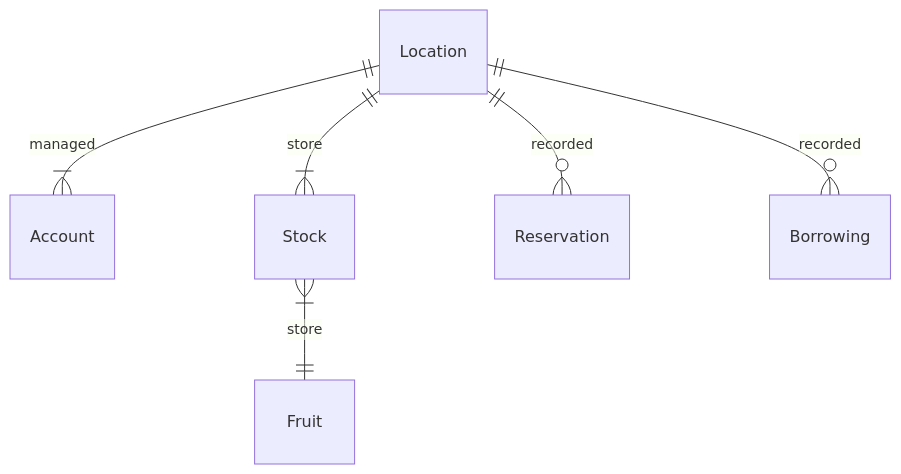
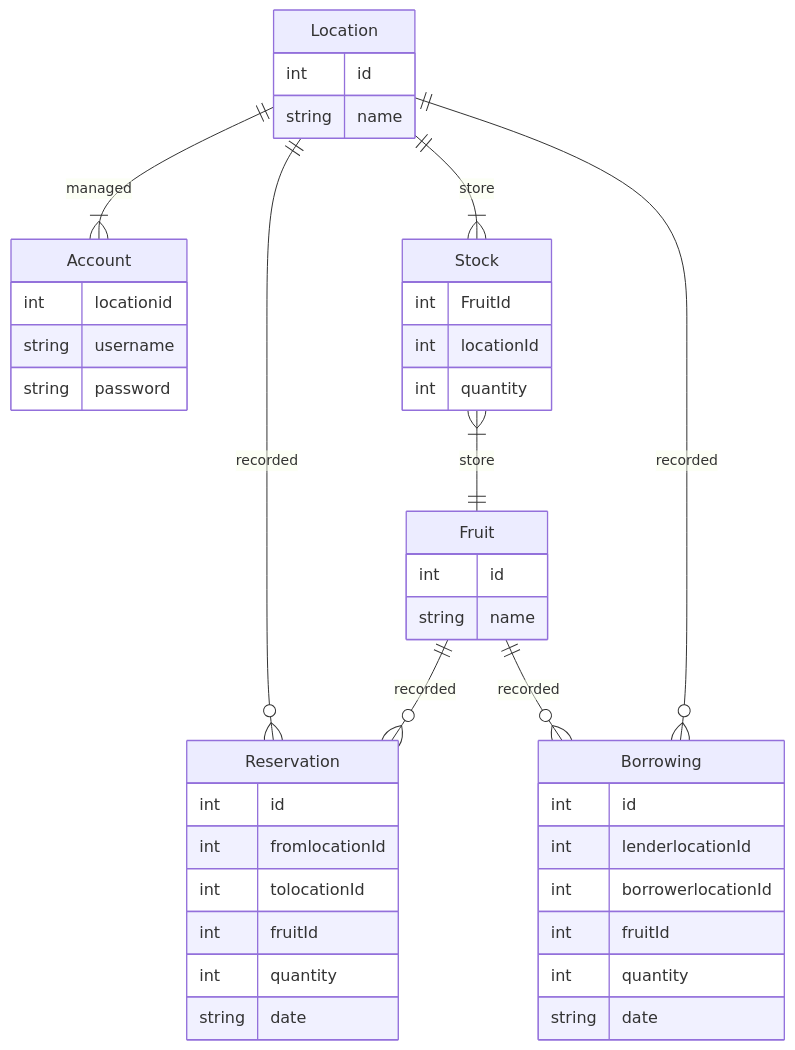
The diagram in README.md (LMCv2/EnterpriseSystemsDevelopment), drawn with Mermaid before and after one commit.

Commit message:
edit ERD

````diff
--- a/README.md
+++ b/README.md
@@ -54,8 +54,45 @@
 ```mermaid
 erDiagram
     Location ||--|{ Account : managed
     Location ||--|{ Stock : store
     Stock }|--|| Fruit : store
     Location ||--o{ Reservation : recorded
+    Fruit ||--o{ Reservation : recorded
+    Fruit ||--o{ Borrowing : recorded
     Location ||--o{ Borrowing : recorded
+
+    Account {
+        int locationid
+        string username
+        string password
+    }
+    Stock {
+        int FruitId
+        int locationId
+        int quantity
+    }
+    Fruit {
+        int id
+        string name
+    }
+    Location {
+        int id
+        string name
+    }
+    Reservation {
+        int id
+        int fromlocationId
+        int tolocationId
+        int fruitId
+        int quantity
+        string date
+    }
+    Borrowing {
+        int id
+        int lenderlocationId
+        int borrowerlocationId
+        int fruitId
+        int quantity
+        string date
+    }
 ```
````
